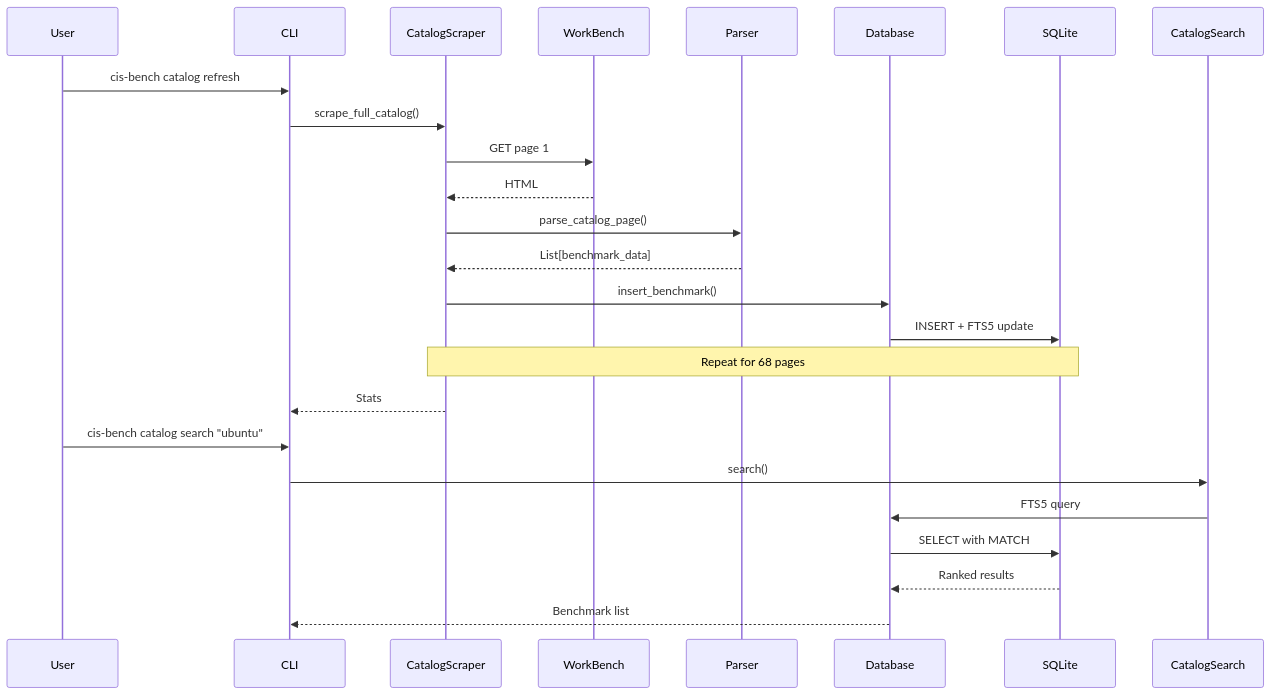
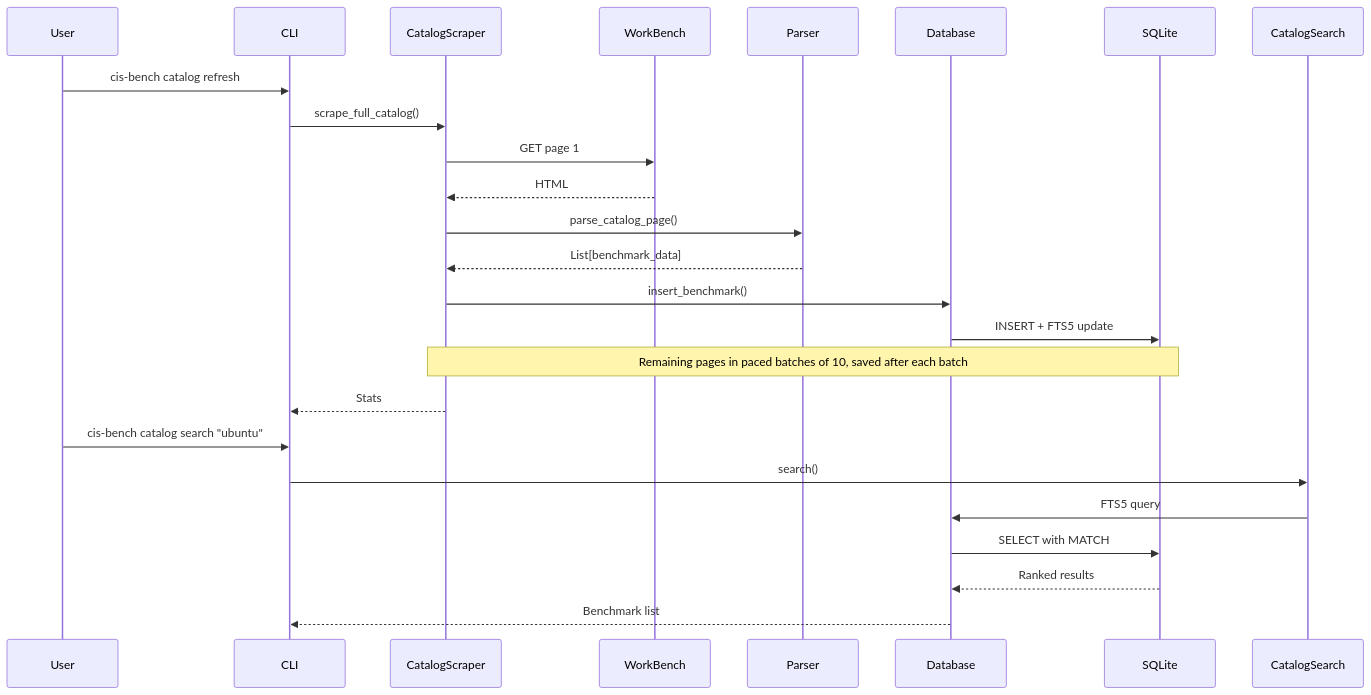
Before and after one commit to mitre/cis-bench: the ninth of 13 diagrams in docs/developer-guide/architecture.md, drawn with Mermaid. The commit also changed other lines of this file and 11 other files, not shown here.

First line of the commit message:
docs: describe catalog refresh as it runs now — under a minute, paced batches

````diff
--- a/docs/developer-guide/architecture.md
+++ b/docs/developer-guide/architecture.md
@@ -295,20 +295,20 @@
 ```mermaid
 sequenceDiagram
 User->>CLI: cis-bench catalog refresh
 CLI->>CatalogScraper: scrape_full_catalog()
 CatalogScraper->>WorkBench: GET page 1
 WorkBench-->>CatalogScraper: HTML
 CatalogScraper->>Parser: parse_catalog_page()
 Parser-->>CatalogScraper: List[benchmark_data]
 CatalogScraper->>Database: insert_benchmark()
 Database->>SQLite: INSERT + FTS5 update
-Note over CatalogScraper,SQLite: Repeat for 68 pages
+Note over CatalogScraper,SQLite: Remaining pages in paced batches of 10, saved after each batch
 CatalogScraper-->>CLI: Stats
 
 User->>CLI: cis-bench catalog search "ubuntu"
 CLI->>CatalogSearch: search()
 CatalogSearch->>Database: FTS5 query
 Database->>SQLite: SELECT with MATCH
 SQLite-->>Database: Ranked results
 Database-->>CLI: Benchmark list
 ```
````
